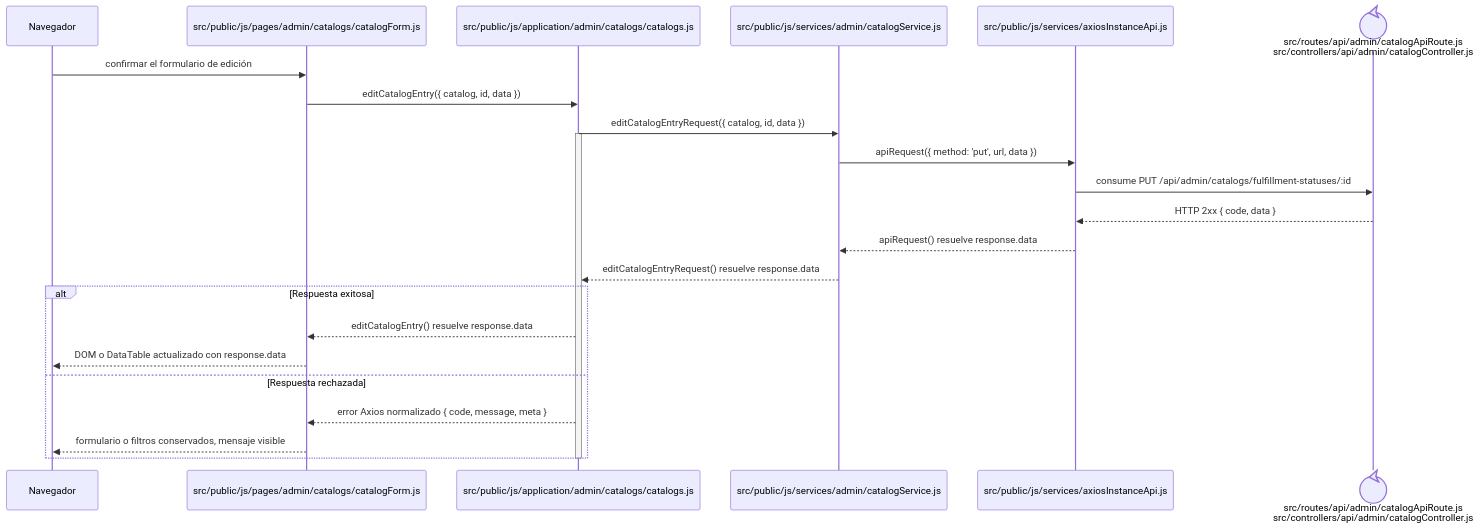
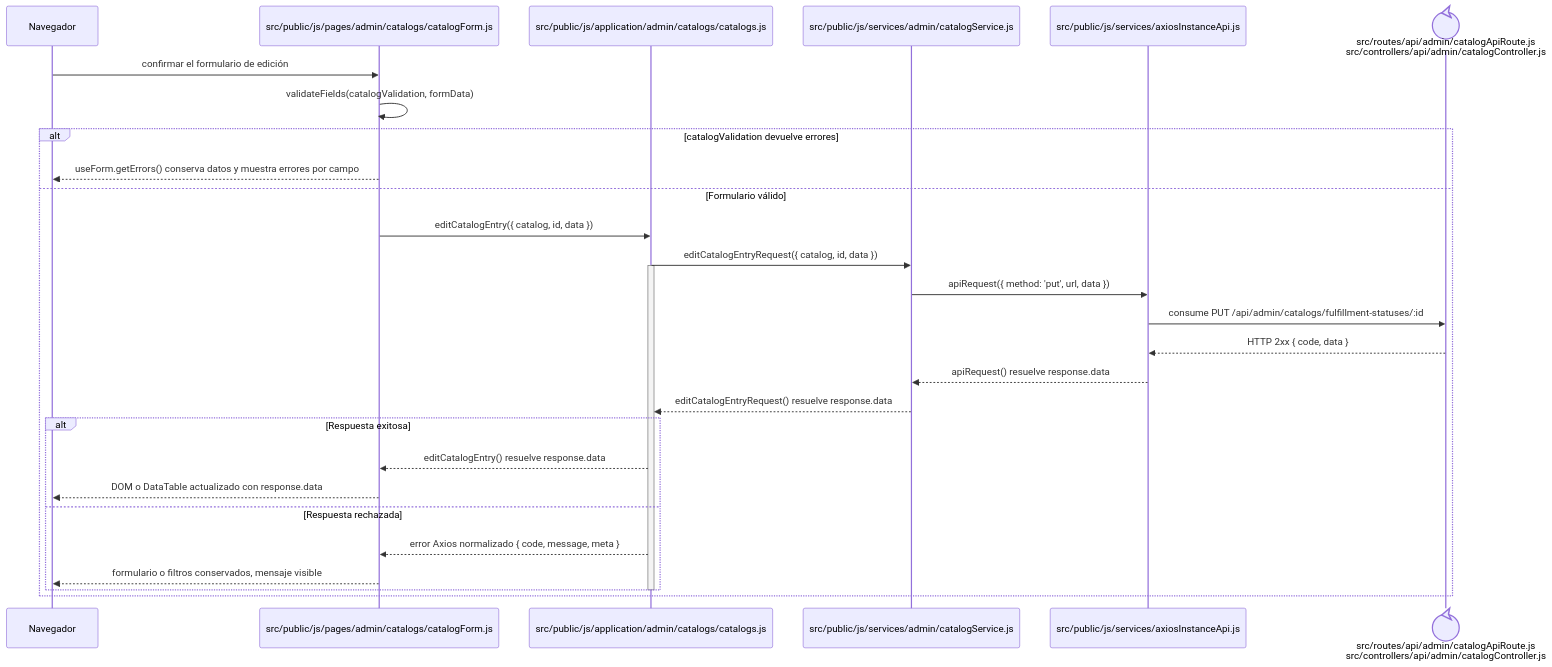
One commit to gpgsistemas01/nexus changed the diagram in docs/architecture/frontend-code-sequences/catalogs/cu-cat-26.md. Above: the diagram before and after it, drawn with Mermaid. The commit also changed 102 other files, not shown here.

````diff
--- a/docs/architecture/frontend-code-sequences/catalogs/cu-cat-26.md
+++ b/docs/architecture/frontend-code-sequences/catalogs/cu-cat-26.md
@@ -6,27 +6,32 @@
 ```mermaid
 sequenceDiagram
     participant Browser as Navegador
     participant View as src/public/js/pages/admin/catalogs/catalogForm.js
     participant Application as src/public/js/application/admin/catalogs/catalogs.js
     participant Request as src/public/js/services/admin/catalogService.js
     participant HTTP as src/public/js/services/axiosInstanceApi.js
     participant Transport@{ "type": "control" } as src/routes/api/admin/catalogApiRoute.js<br/>src/controllers/api/admin/catalogController.js
 
     Browser->>View: confirmar el formulario de edición
-    View->>Application: editCatalogEntry({ catalog, id, data })
-    Application->>Request: editCatalogEntryRequest({ catalog, id, data })
-    activate Application
-    Request->>HTTP: apiRequest({ method: 'put', url, data })
-    HTTP->>Transport: consume PUT /api/admin/catalogs/fulfillment-statuses/:id
-    Transport-->>HTTP: HTTP 2xx { code, data }
-    HTTP-->>Request: apiRequest() resuelve response.data
-    Request-->>Application: editCatalogEntryRequest() resuelve response.data
-    alt Respuesta exitosa
-        Application-->>View: editCatalogEntry() resuelve response.data
-        View-->>Browser: DOM o DataTable actualizado con response.data
-    else Respuesta rechazada
-        Application-->>View: error Axios normalizado { code, message, meta }
-        View-->>Browser: formulario o filtros conservados, mensaje visible
+    View->>View: validateFields(catalogValidation, formData)
+    alt catalogValidation devuelve errores
+        View-->>Browser: useForm.getErrors() conserva datos y muestra errores por campo
+    else Formulario válido
+        View->>Application: editCatalogEntry({ catalog, id, data })
+        Application->>Request: editCatalogEntryRequest({ catalog, id, data })
+        activate Application
+        Request->>HTTP: apiRequest({ method: 'put', url, data })
+        HTTP->>Transport: consume PUT /api/admin/catalogs/fulfillment-statuses/:id
+        Transport-->>HTTP: HTTP 2xx { code, data }
+        HTTP-->>Request: apiRequest() resuelve response.data
+        Request-->>Application: editCatalogEntryRequest() resuelve response.data
+        alt Respuesta exitosa
+            Application-->>View: editCatalogEntry() resuelve response.data
+            View-->>Browser: DOM o DataTable actualizado con response.data
+        else Respuesta rechazada
+            Application-->>View: error Axios normalizado { code, message, meta }
+            View-->>Browser: formulario o filtros conservados, mensaje visible
+        end
+        deactivate Application
     end
-    deactivate Application
 ```
````
